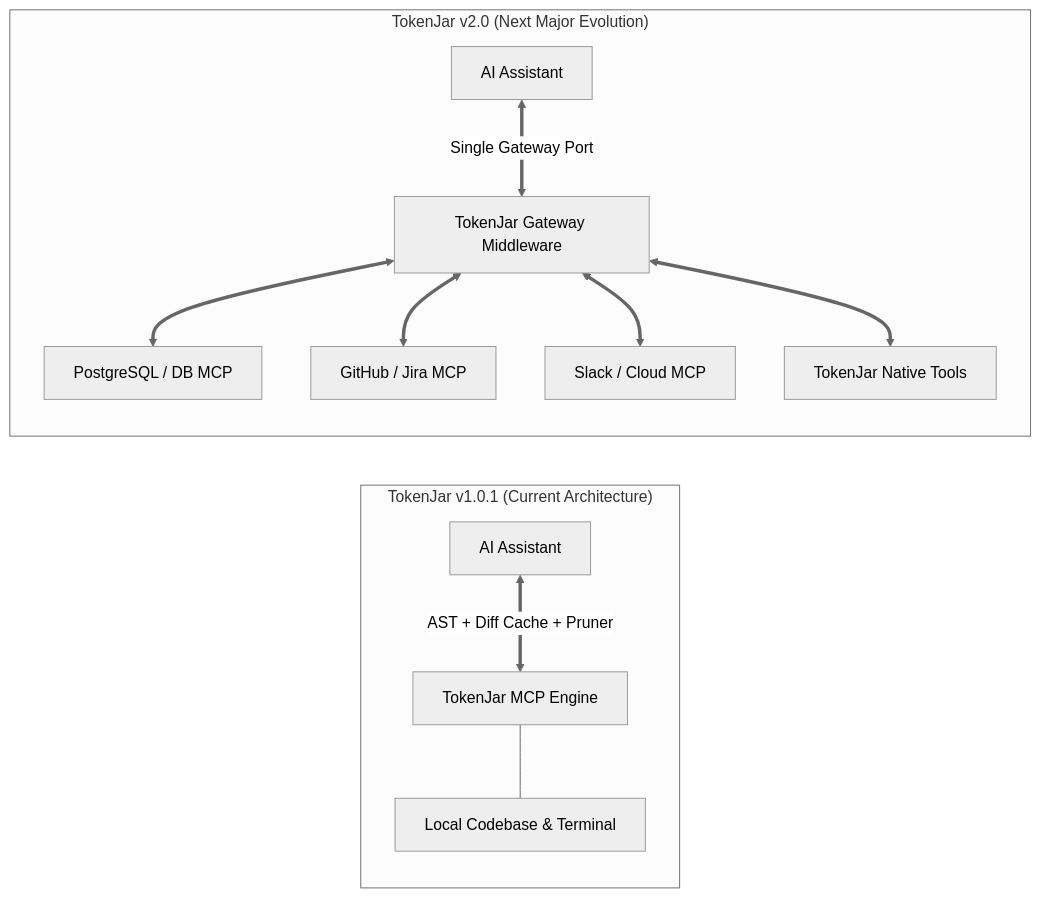
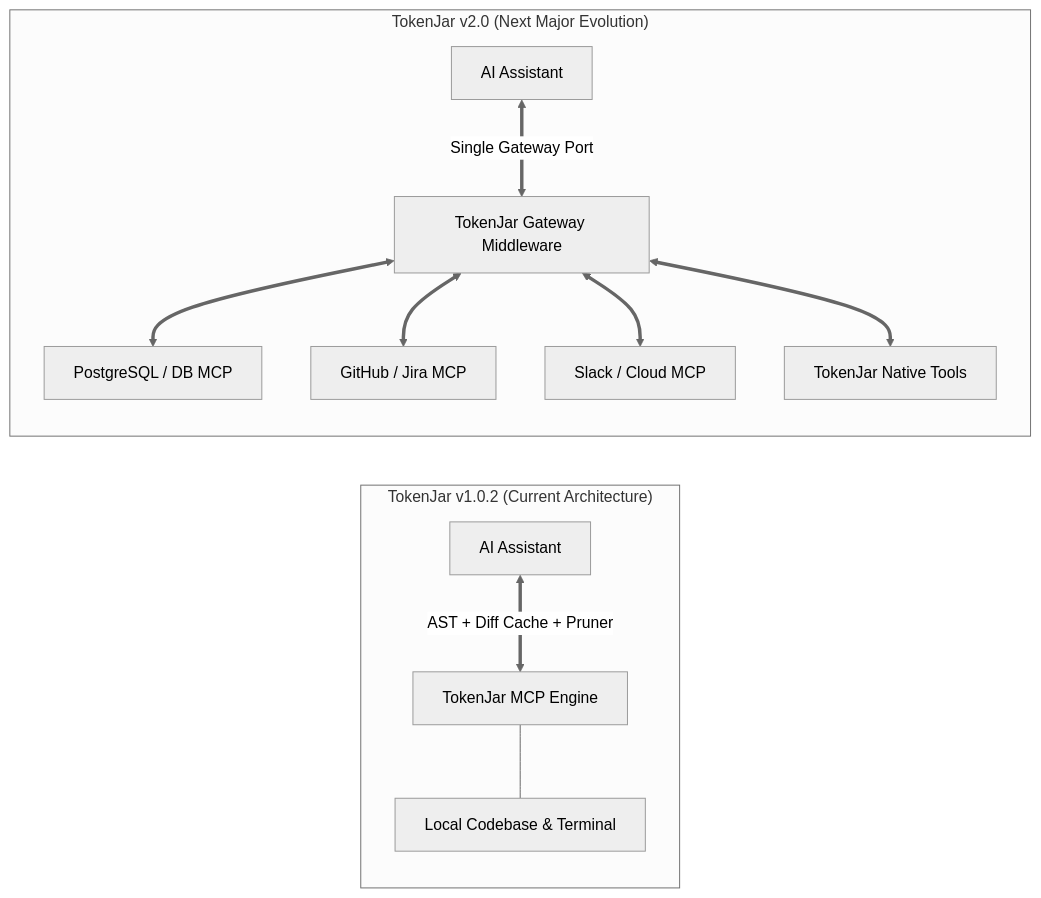
One commit to Farukes/Token-Saver changed the first of 2 diagrams in docs/ROADMAP.md. Above: the diagram before and after it, drawn with Mermaid (neutral theme). The commit also changed 16 other files, not shown here.

````diff
--- a/docs/ROADMAP.md
+++ b/docs/ROADMAP.md
@@ -12,15 +12,15 @@
 ```mermaid
 flowchart LR
-    subgraph V1 ["TokenJar v1.0.1 (Current Architecture)"]
+    subgraph V1 ["TokenJar v1.0.2 (Current Architecture)"]
         IDE1["AI Assistant"] <==>|"AST + Diff Cache + Pruner"| TJ1["TokenJar MCP Engine"]
         TJ1 --- LocalFiles["Local Codebase & Terminal"]
     end
 
     subgraph V2 ["TokenJar v2.0 (Next Major Evolution)"]
         IDE2["AI Assistant"] <==>|"Single Gateway Port"| TGW["TokenJar Gateway Middleware"]
         TGW <==> Ext1["PostgreSQL / DB MCP"]
         TGW <==> Ext2["GitHub / Jira MCP"]
         TGW <==> Ext3["Slack / Cloud MCP"]
         TGW <==> TJ2["TokenJar Native Tools"]
     end
 ```
````
